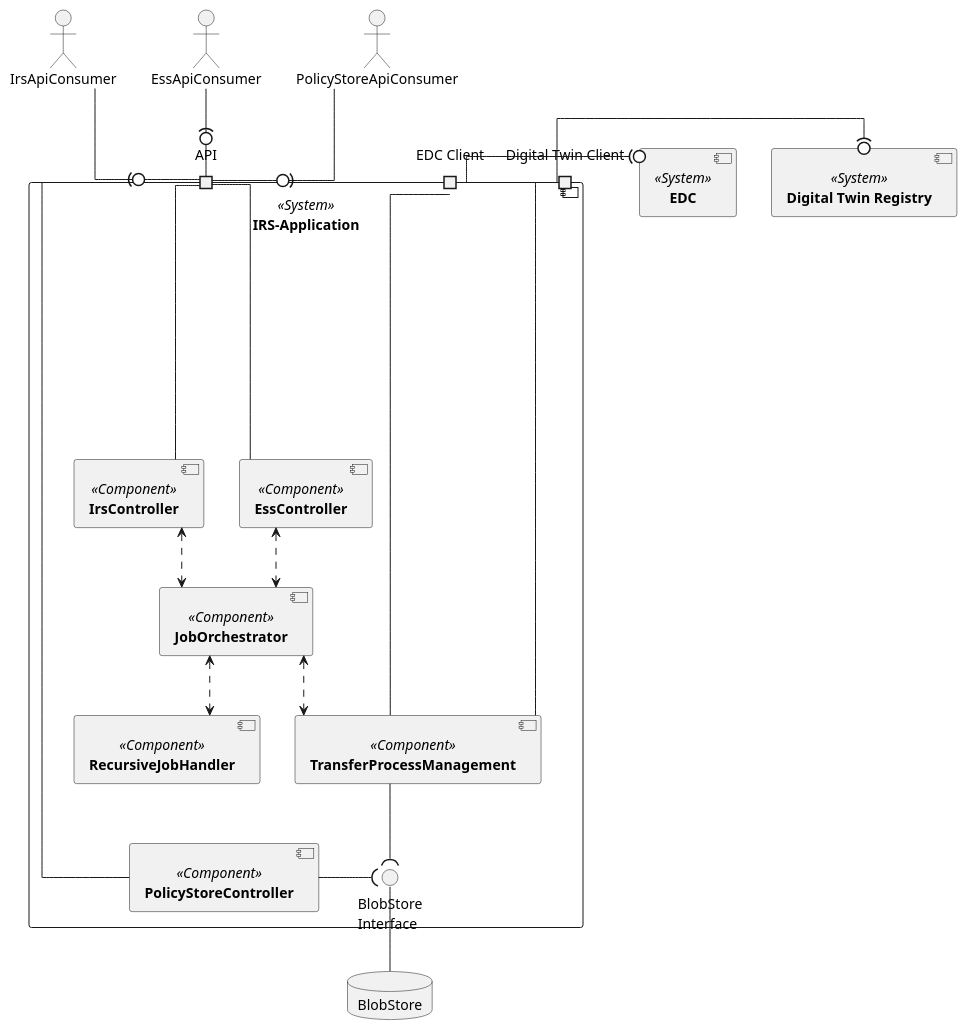
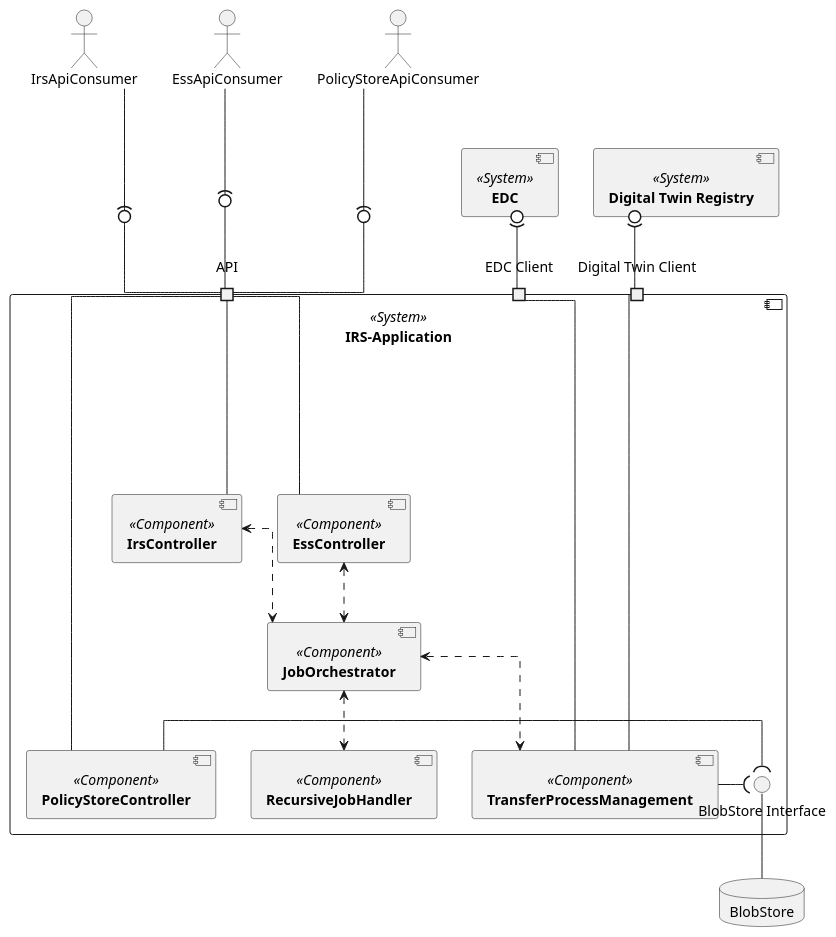
The diagram in docs/src/uml-diagrams/building-block-view/building-block-view.puml (eclipse-tractusx/item-relationship-service), drawn with PlantUML before and after one commit.

Commit message:
fix(buildingblock):#287 correct layout of buidling block view

```diff
--- a/docs/src/uml-diagrams/building-block-view/building-block-view.puml
+++ b/docs/src/uml-diagrams/building-block-view/building-block-view.puml
@@ -1,53 +1,55 @@
 @startuml
 skinparam monochrome true
 skinparam shadowing false
 skinparam linetype ortho
 skinparam defaultFontName "Architects daughter"
 
 
- component [**IRS-Application**] <<System>> as IRS {
+actor IrsApiConsumer
+actor EssApiConsumer
+actor PolicyStoreApiConsumer
+
+component [**Digital Twin Registry**] <<System>> as DTR
+component [**EDC**] <<System>> as EDC
+
+component [**IRS-Application**] <<System>> as IRS {
     component [**RecursiveJobHandler**] <<Component>> as RecursiveJobHandler
     component [**IrsController**] <<Component>> as IrsController
     component [**PolicyStoreController**] <<Component>> as PolicyStoreController
     component [**EssController**] <<Component>> as EssController
     component [**JobOrchestrator**] <<Component>> as JobOrchestrator
     component [**TransferProcessManagement**] <<Component>> as TransferProcessManagement
 
-
     port "API" as API_PORT
     port "Digital Twin Client" as AAS_PORT
     port "EDC Client" as EDC_PORT
-
-    () "BlobStore\nInterface" as StoreInterface
-
+    () "BlobStore Interface" as StoreInterface
 
     IrsController <..> JobOrchestrator
     JobOrchestrator <..> TransferProcessManagement
     JobOrchestrator <..> RecursiveJobHandler
-    TransferProcessManagement --( StoreInterface
+    TransferProcessManagement -( StoreInterface
     PolicyStoreController -( StoreInterface
     EssController <..> JobOrchestrator
+}
 
-}
-component [**Digital Twin Registry**] <<System>> as DTR
-component [**EDC**] <<System>> as EDC
-actor IrsApiConsumer
-actor EssApiConsumer
-actor PolicyStoreApiConsumer
+
+
+
+
 IrsController -up- API_PORT
 PolicyStoreController -down- API_PORT
 EssController -down- API_PORT
-IrsApiConsumer -(0- API_PORT
-EssApiConsumer -(0- API_PORT
-PolicyStoreApiConsumer -(0- API_PORT
+IrsApiConsumer --down(0- API_PORT
+EssApiConsumer --down(0- API_PORT
+PolicyStoreApiConsumer --(0- API_PORT
 
+TransferProcessManagement --right-- AAS_PORT
+TransferProcessManagement --right-- EDC_PORT
 
-TransferProcessManagement --- AAS_PORT
-TransferProcessManagement --- EDC_PORT
-AAS_PORT --right-(0 DTR
-EDC_PORT --right-(0 EDC
+AAS_PORT -up-(0 DTR
+EDC_PORT -up-(0 EDC
 
 database "BlobStore" as BlobStore
 StoreInterface -down- BlobStore
-
 @enduml
```
